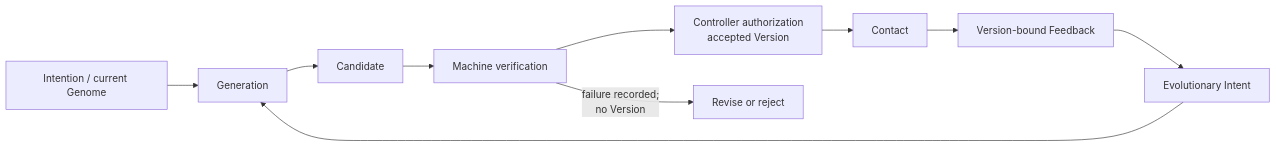
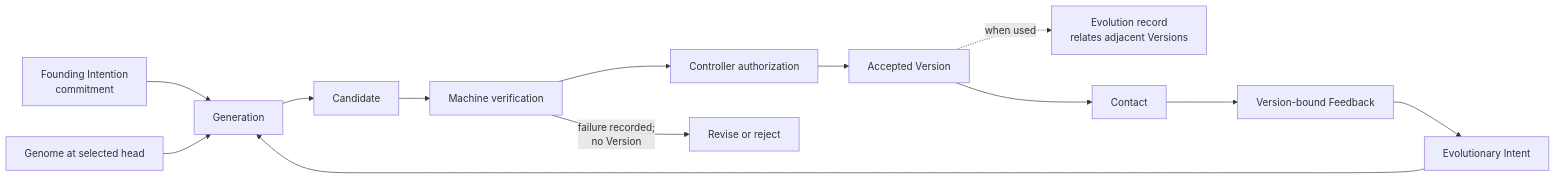
One commit to jpfraneto/tohseno changed the fourth of 5 diagrams in WHITEPAPER.md. Above: the diagram before and after it, drawn with Mermaid. The commit also changed other lines of this file and 16 other files, not shown here.

````diff
--- a/WHITEPAPER.md
+++ b/WHITEPAPER.md
@@ -353,12 +353,15 @@
 ```mermaid
 flowchart LR
-    O["Intention / current Genome"] --> G["Generation"]
+    O["Founding Intention<br/>commitment"] --> G["Generation"]
+    CG["Genome at selected head"] --> G
     G --> P["Candidate"]
     P --> M["Machine verification"]
-    M --> A["Controller authorization<br/>accepted Version"]
-    A --> C["Contact"]
+    M --> A["Controller authorization"]
+    A --> N["Accepted Version"]
+    N -.->|when used| ER["Evolution record<br/>relates adjacent Versions"]
+    N --> C["Contact"]
     C --> E["Version-bound Feedback"]
     E --> EI["Evolutionary Intent"]
     EI --> G
     M -->|failure recorded;<br/>no Version| R["Revise or reject"]
 ```
````
